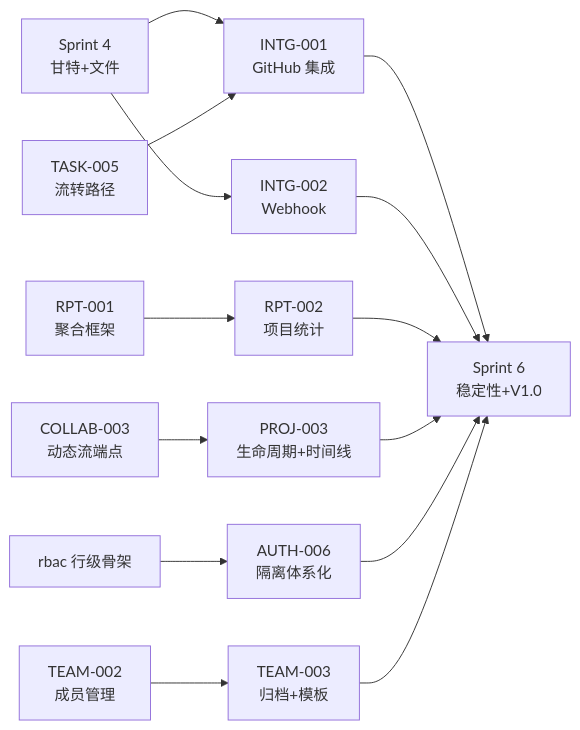
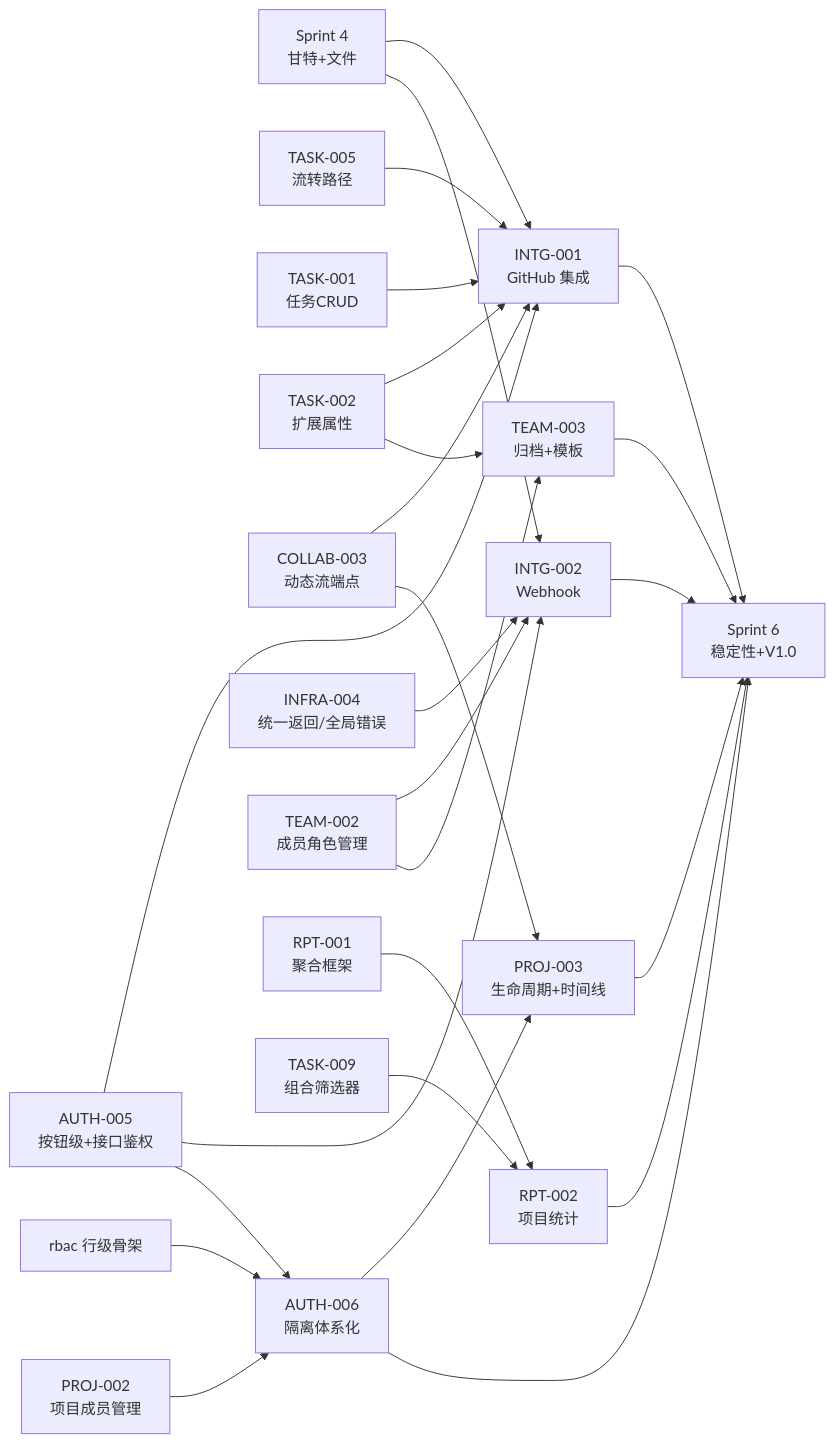
Before and after one commit to RabbitAI-Lab/RabbitProjects: the diagram in docs/sprint-5-integration-standard/sprint-overview.md, drawn with Mermaid. The commit also changed other lines of this file and 7 other files, not shown here.

````diff
--- a/docs/sprint-5-integration-standard/sprint-overview.md
+++ b/docs/sprint-5-integration-standard/sprint-overview.md
@@ -26,16 +26,28 @@
 ```mermaid
 flowchart LR
     S4["Sprint 4<br/>甘特+文件"] --> G1["INTG-001<br/>GitHub 集成"]
     S4 --> W2["INTG-002<br/>Webhook"]
     T005["TASK-005<br/>流转路径"] --> G1
+    T001["TASK-001<br/>任务CRUD"] --> G1
+    T02X["TASK-002<br/>扩展属性"] --> G1
+    T02X --> T3["TEAM-003<br/>归档+模板"]
+    C003["COLLAB-003<br/>动态流端点"] --> G1
+    C003 --> P3["PROJ-003<br/>生命周期+时间线"]
+    A5["AUTH-005<br/>按钮级+接口鉴权"] --> G1
+    A5 --> W2
+    A5 --> A6["AUTH-006<br/>隔离体系化"]
+    INF4["INFRA-004<br/>统一返回/全局错误"] --> W2
+    TM2["TEAM-002<br/>成员角色管理"] --> W2
+    TM2 --> T3
+    RBAC["rbac 行级骨架"] --> A6
+    P2["PROJ-002<br/>项目成员管理"] --> A6
+    A6 --> P3
     R001["RPT-001<br/>聚合框架"] --> R2["RPT-002<br/>项目统计"]
-    C003["COLLAB-003<br/>动态流端点"] --> P3["PROJ-003<br/>生命周期+时间线"]
-    RBAC["rbac 行级骨架"] --> A6["AUTH-006<br/>隔离体系化"]
-    T002["TEAM-002<br/>成员管理"] --> T3["TEAM-003<br/>归档+模板"]
+    T009["TASK-009<br/>组合筛选器"] --> R2
     G1 --> S6["Sprint 6<br/>稳定性+V1.0"]
     W2 --> S6
     R2 --> S6
     P3 --> S6
     A6 --> S6
     T3 --> S6
 ```
````
